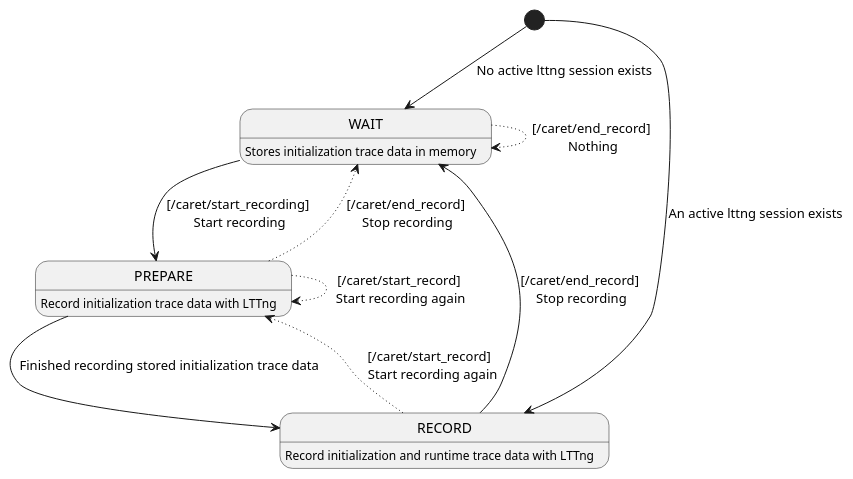
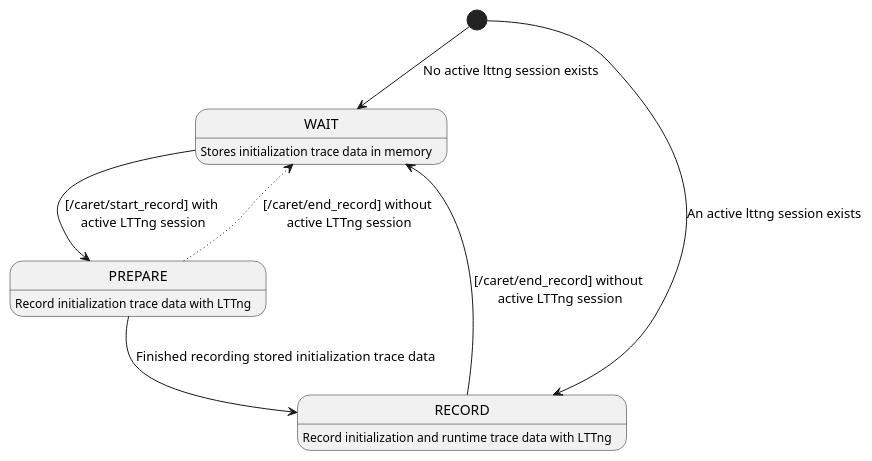
The fifth of 7 diagrams in docs/design/runtime_processing/runtime_recording.md (tier4/caret_doc), drawn with PlantUML before and after one commit. The commit also changed other lines of this file and 3 other files, not shown here.

````diff
--- a/docs/design/runtime_processing/runtime_recording.md
+++ b/docs/design/runtime_processing/runtime_recording.md
@@ -214,16 +318,13 @@
 ```plantuml
 [*] --> WAIT: No active lttng session exists
 [*] --> RECORD: An active lttng session exists
 WAIT : Stores initialization trace data in memory
-WAIT --> PREPARE : [/caret/start_recording] \nStart recording
+WAIT --> PREPARE : [/caret/start_record] with \nactive LTTng session
 
 PREPARE : Record initialization trace data with LTTng
-PREPARE -[dotted]-> WAIT : [/caret/end_record]\n Stop recording
-PREPARE -[dotted]-> PREPARE : [/caret/start_record]\n Start recording again
+PREPARE --> RECORD : Finished recording stored initialization trace data
+PREPARE -[dotted]-> WAIT : [/caret/end_record] without \nactive LTTng session
 
-RECORD --> WAIT : [/caret/end_record] \nStop recording
-RECORD -[dotted]-> PREPARE : [/caret/start_record] \n Start recording again
-WAIT -[dotted]-> WAIT : [/caret/end_record] \nNothing
-PREPARE --> RECORD : Finished recording stored initialization trace data
 RECORD : Record initialization and runtime trace data with LTTng
+RECORD --> WAIT : [/caret/end_record] without \nactive LTTng session
 ```
````
